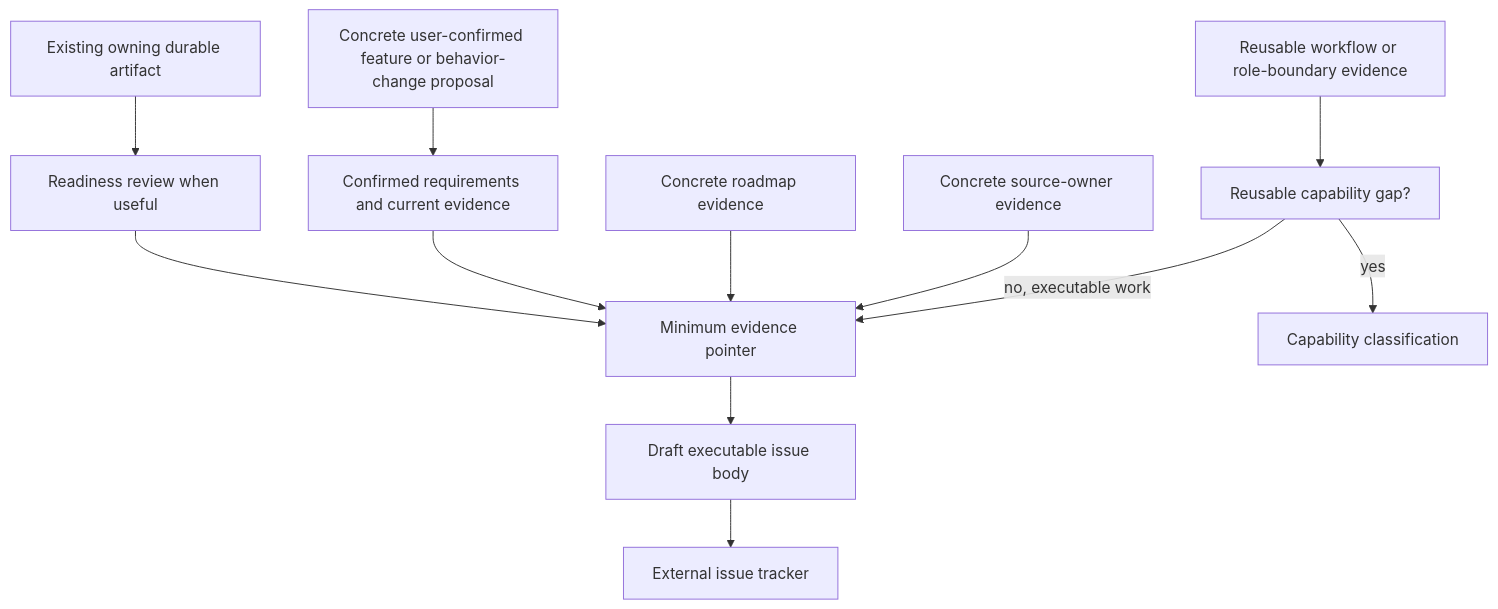
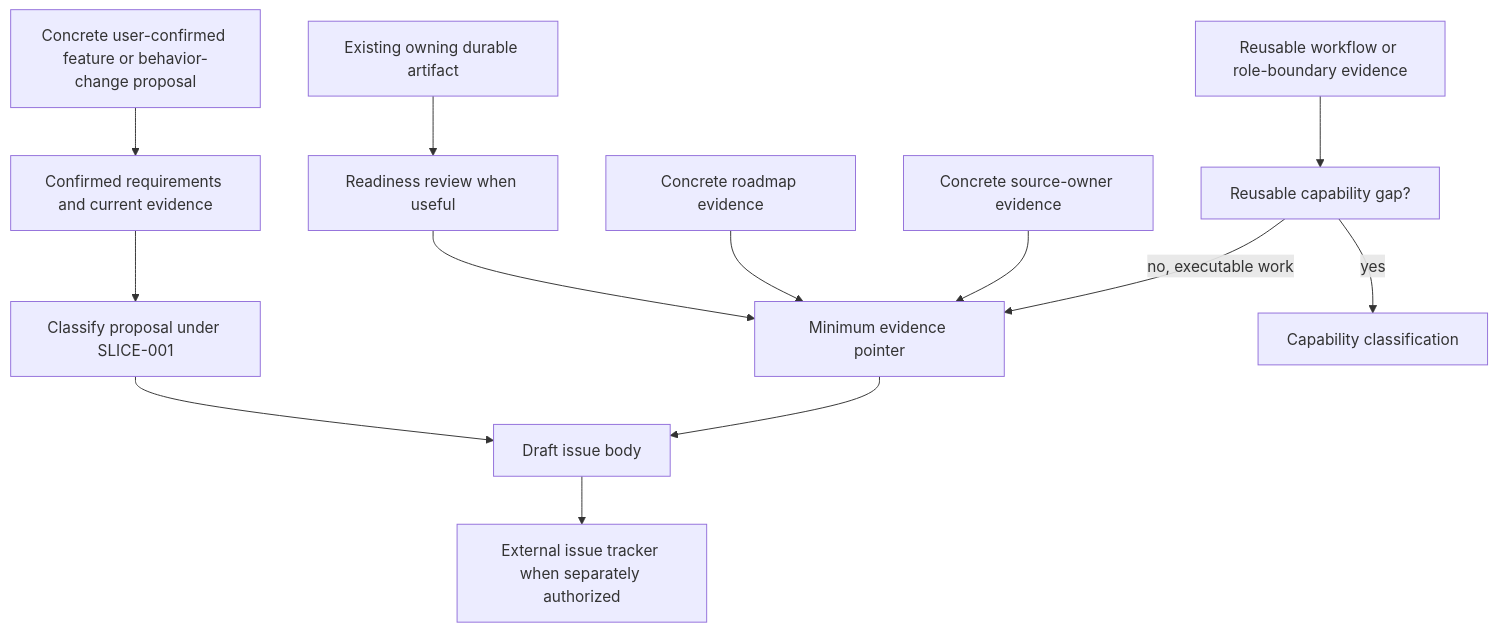
The fourth of 12 diagrams in docs/guidelines/portable-afds-user-procedure-map.md (ryumiel/devcanon), drawn with Mermaid before and after one commit. The commit also changed other lines of this file and 1 other file, not shown here.

First line of the commit message:
docs(guidelines): align proposal consumer summaries

````diff
--- a/docs/guidelines/portable-afds-user-procedure-map.md
+++ b/docs/guidelines/portable-afds-user-procedure-map.md
@@ -118,14 +118,15 @@
 ```mermaid
 flowchart TD
   existing["Existing owning durable artifact"] --> readiness["Readiness review when useful"]
   readiness --> pointer["Minimum evidence pointer"]
   proposal["Concrete user-confirmed feature or behavior-change proposal"] --> proposalCheck["Confirmed requirements and current evidence"]
-  proposalCheck --> pointer
+  proposalCheck --> proposalRoute["Classify proposal under SLICE-001"]
+  proposalRoute --> slice
   roadmap["Concrete roadmap evidence"] --> pointer
   source["Concrete source-owner evidence"] --> pointer
   guideline["Reusable workflow or role-boundary evidence"] --> reusable["Reusable capability gap?"]
   reusable -->|yes| classify["Capability classification"]
   reusable -->|no, executable work| pointer
-  pointer --> slice["Draft executable issue body"]
-  slice --> tracker["External issue tracker"]
+  pointer --> slice["Draft issue body"]
+  slice --> tracker["External issue tracker when separately authorized"]
 ```
````
